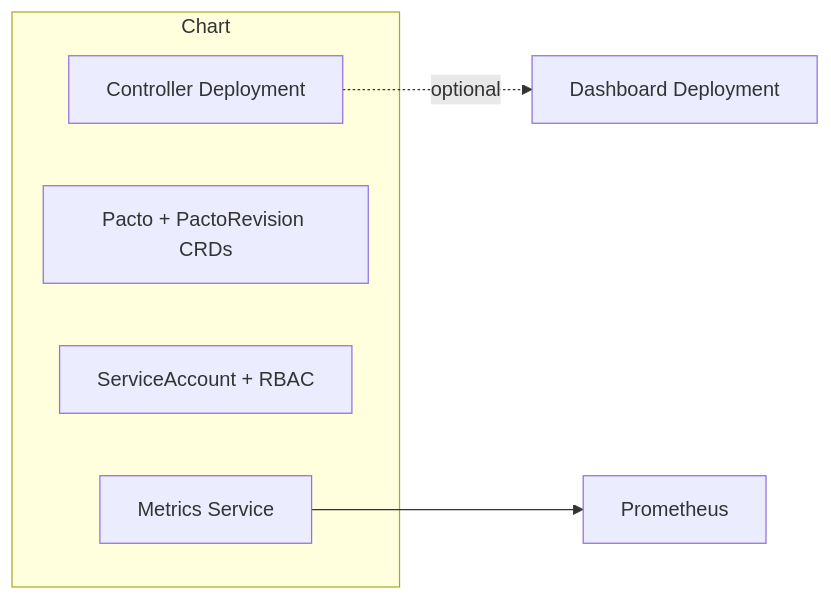
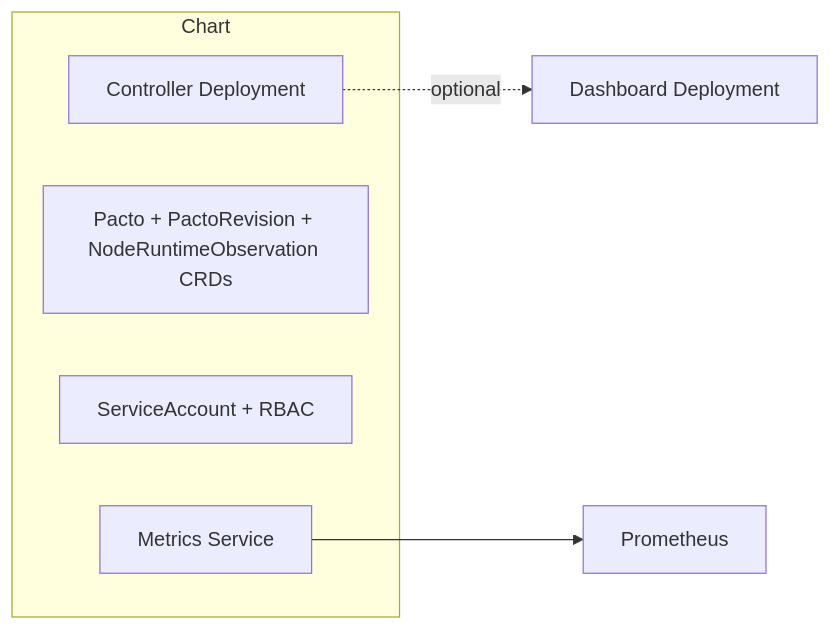
Before and after one commit to TrianaLab/pacto: the diagram in integrations/kubernetes/charts/pacto-operator/README.md, drawn with Mermaid. The commit also changed other lines of this file and 896 other files, not shown here.

````diff
--- a/integrations/kubernetes/charts/pacto-operator/README.md
+++ b/integrations/kubernetes/charts/pacto-operator/README.md
@@ -42,12 +43,12 @@
 ```mermaid
 flowchart LR
     subgraph Chart
         Controller[Controller Deployment]
-        CRDs[Pacto + PactoRevision CRDs]
+        CRDs[Pacto + PactoRevision + NodeRuntimeObservation CRDs]
         RBAC[ServiceAccount + RBAC]
         MetricsSvc[Metrics Service]
     end
 
     Controller -. optional .-> Dashboard[Dashboard Deployment]
     MetricsSvc --> Prometheus[Prometheus]
 ```
````
